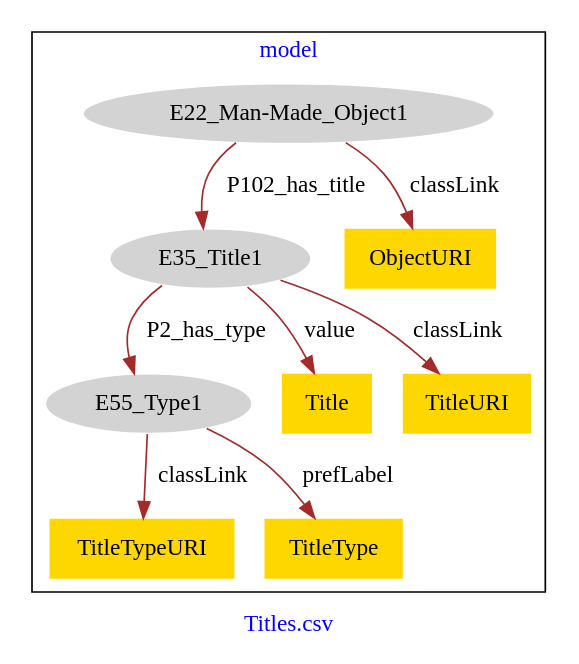
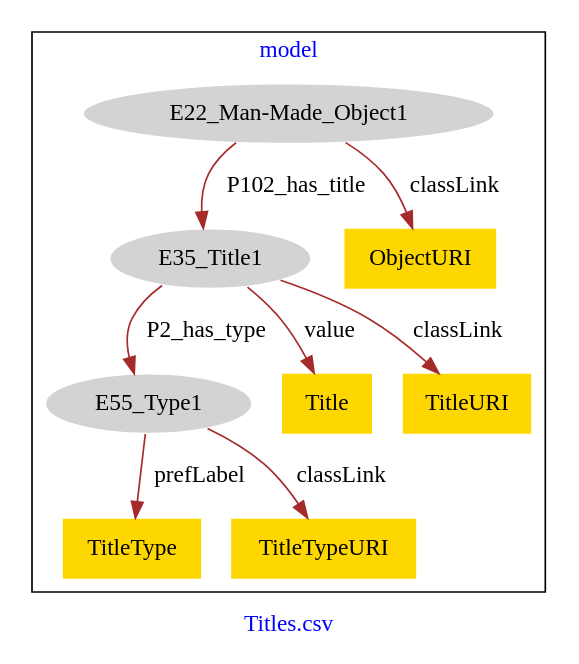
Before and after one commit to american-art/GM: the diagram in Other_titles/Other_titles-model.dot, drawn with Graphviz.

Commit message:
Update file Other_titles-model.dot

```diff
--- a/Other_titles/Other_titles-model.dot
+++ b/Other_titles/Other_titles-model.dot
@@ -1,23 +1,23 @@
 digraph n0 {
 fontcolor="blue"
 remincross="true"
 label="Titles.csv"
 subgraph cluster {
 label="model"
 n2[style="filled",color="white",fillcolor="lightgray",label="E22_Man-Made_Object1"];
 n3[style="filled",color="white",fillcolor="lightgray",label="E35_Title1"];
 n4[style="filled",color="white",fillcolor="lightgray",label="E55_Type1"];
 n5[shape="plaintext",style="filled",fillcolor="gold",label="Title"];
-n6[shape="plaintext",style="filled",fillcolor="gold",label="TitleURI"];
+n6[shape="plaintext",style="filled",fillcolor="gold",label="TitleType"];
 n7[shape="plaintext",style="filled",fillcolor="gold",label="TitleTypeURI"];
-n8[shape="plaintext",style="filled",fillcolor="gold",label="TitleType"];
-n9[shape="plaintext",style="filled",fillcolor="gold",label="ObjectURI"];
+n8[shape="plaintext",style="filled",fillcolor="gold",label="ObjectURI"];
+n9[shape="plaintext",style="filled",fillcolor="gold",label="TitleURI"];
 }
 n2 -> n3[color="brown",fontcolor="black",label="P102_has_title"]
 n3 -> n4[color="brown",fontcolor="black",label="P2_has_type"]
 n3 -> n5[color="brown",fontcolor="black",label="value"]
-n3 -> n6[color="brown",fontcolor="black",label="classLink"]
+n4 -> n6[color="brown",fontcolor="black",label="prefLabel"]
 n4 -> n7[color="brown",fontcolor="black",label="classLink"]
-n4 -> n8[color="brown",fontcolor="black",label="prefLabel"]
-n2 -> n9[color="brown",fontcolor="black",label="classLink"]
+n2 -> n8[color="brown",fontcolor="black",label="classLink"]
+n3 -> n9[color="brown",fontcolor="black",label="classLink"]
 }
```
